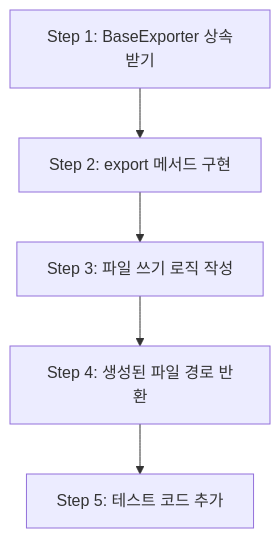
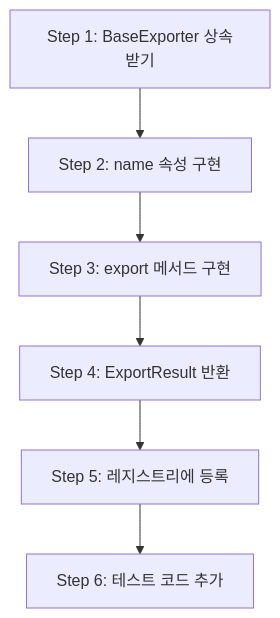
Before and after one commit to yeongseon/kpubdata-builder: the third of 4 diagrams in EXPORT_MODEL.md, drawn with Mermaid. The commit also changed other lines of this file and 5 other files, not shown here.

````diff
--- a/EXPORT_MODEL.md
+++ b/EXPORT_MODEL.md
@@ -98,7 +122,8 @@
 ```mermaid
 flowchart TD
-    S1[Step 1: BaseExporter 상속받기] --> S2[Step 2: export 메서드 구현]
-    S2 --> S3[Step 3: 파일 쓰기 로직 작성]
-    S3 --> S4[Step 4: 생성된 파일 경로 반환]
-    S4 --> S5[Step 5: 테스트 코드 추가]
+    S1[Step 1: BaseExporter 상속받기] --> S2[Step 2: name 속성 구현]
+    S2 --> S3[Step 3: export 메서드 구현]
+    S3 --> S4[Step 4: ExportResult 반환]
+    S4 --> S5[Step 5: 레지스트리에 등록]
+    S5 --> S6[Step 6: 테스트 코드 추가]
 ```
````
